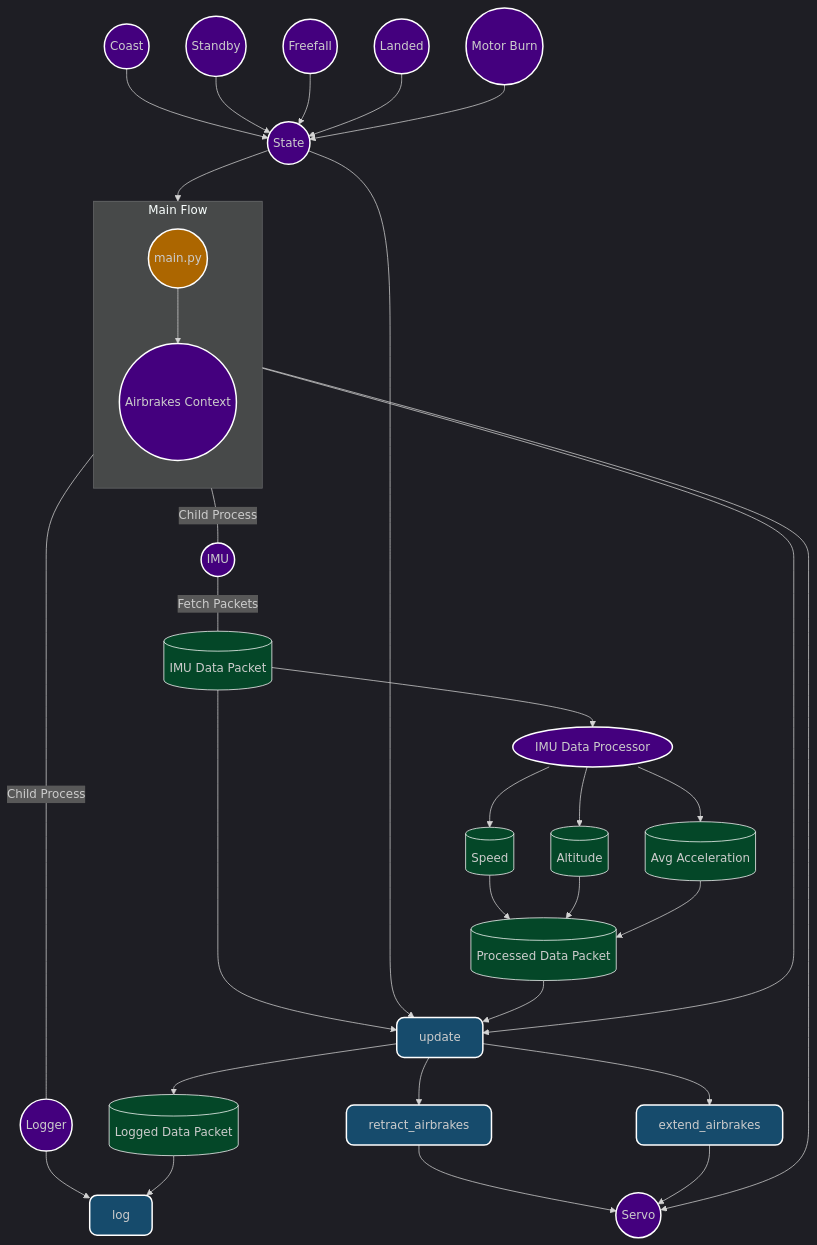
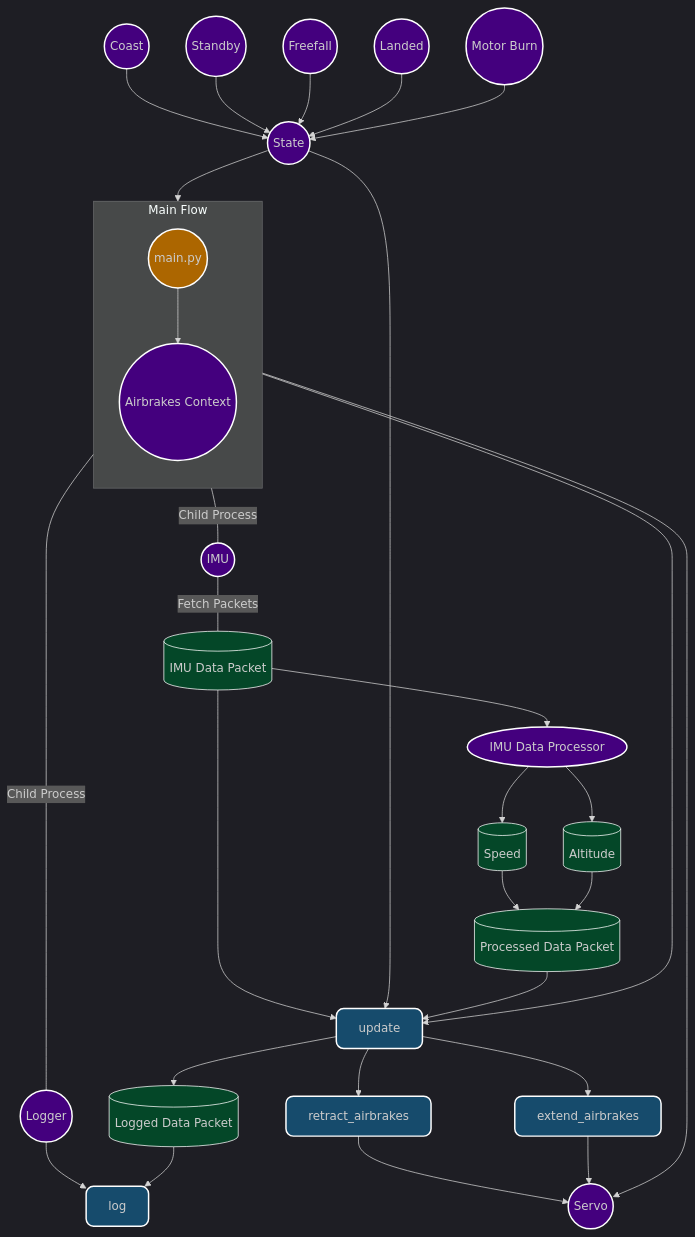
The diagram in README.md (NCSU-High-Powered-Rocketry-Club/AirbrakesV2), drawn with Mermaid before and after one commit. The commit also changed 1 other file, not shown here.

Commit message:
small updates to readme and a comment

````diff
--- a/README.md
+++ b/README.md
@@ -20,72 +20,70 @@
 ```mermaid
 %%{init: {'theme': 'dark'}}%%
 flowchart TD
 
     %% Define styles for different shapes
     classDef circular fill:#44007e,stroke:#fff,stroke-width:2px,rx:50%,ry:50%;  %% Ovals for classes
     classDef bubble fill:#164b6c,stroke:#fff,stroke-width:2px,rx:10px,ry:10px; %% Bubbles for methods
     classDef outputSquare fill:#044728,stroke:#fff,stroke-width:2px; %% Squares for outputs
     classDef textStyle fill:none,color:#fff,font-weight:bold,font-size:16px; %% Text style for bold white text
     classDef mainColor fill:#ac6600,stroke:#fff,stroke-width:2px,rx:50%,ry:50%; %% Color for main.py
 
     %% Main structure with main.py at the top
     subgraph mainFlow[Main Flow]
       direction TB
       mainpy((main.py)):::mainColor --> Airbrakes((Airbrakes Context)):::circular
      
     end
     Airbrakes --> Update[update]:::bubble
     %% IMU Data Packet Flow
     IMUDataPacket --> Update
     
     %% States as individual nodes
     State((State)):::circular
     CoastState((Coast)):::circular
     Standbystate((Standby)):::circular
     FreefallState((Freefall)):::circular
     LandedState((Landed)):::circular
     MotorBurnState((Motor Burn)):::circular
 
     %% Connections between States and Airbrakes
     State((State)):::circular --> Airbrakes:::circular
     State --> Update
     
     CoastState((Coast)):::circular --> State
     Standbystate((Standby)):::circular --> State
     FreefallState((Freefall)):::circular --> State
     LandedState((Landed)):::circular --> State
     MotorBurnState((Motor Burn)):::circular --> State
     
     %% Connections with Labels
     Airbrakes ---|Child Process| Logger((Logger)):::circular
     Airbrakes ---|Child Process| IMU((IMU)):::circular
     IMU((IMU)):::circular ---|Fetch Packets| IMUDataPacket[(IMU Data Packet)]:::outputSquare
 
     %% IMU Data Processing
     IMUDataPacket --> IMUDataProcessor[IMU Data Processor]:::circular
     %%IMUDataProcessor --> ProcessedData[(Processed Data Packet)]:::outputSquare
     IMUDataProcessor --> Speed[(Speed)]:::outputSquare
     IMUDataProcessor --> Altitude[(Altitude)]:::outputSquare
-    IMUDataProcessor --> AvgAccel[(Avg Acceleration)]:::outputSquare
     
     Speed -->  ProcessedData[(Processed Data Packet)]:::outputSquare
     Altitude -->  ProcessedData[(Processed Data Packet)]:::outputSquare
-    AvgAccel -->  ProcessedData[(Processed Data Packet)]:::outputSquare
     
      ProcessedData[(Processed Data Packet)]:::outputSquare --> Update
 
     %% Logging Mechanism
     Logger --> LogFunction[log]:::bubble
     Update --> LogData[(Logged Data Packet)]:::outputSquare
     LogData --> LogFunction
 
     %% Airbrake Control Methods with Parentheses Displayed
     Update --> ExtendAirbrakes[extend_airbrakes]:::bubble
     Update --> RetractAirbrakes[retract_airbrakes]:::bubble
 
     %% Servo Connections
     RetractAirbrakes --> Servo((Servo)):::circular 
     ExtendAirbrakes --> Servo
     Airbrakes --> Servo
 
 ```
````
